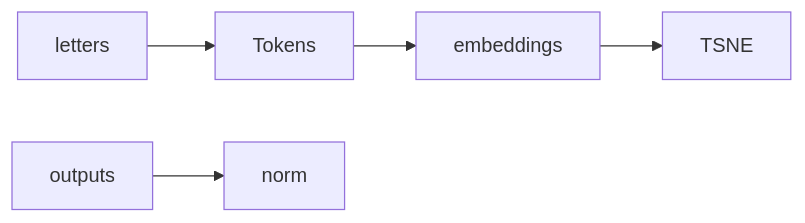
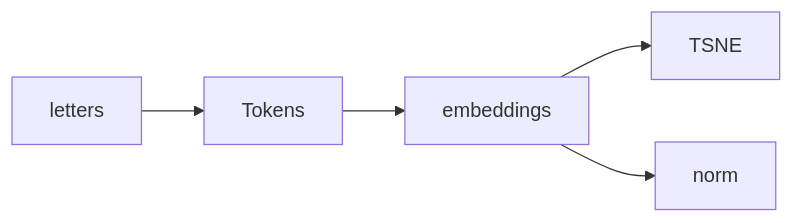
Before and after one commit to Bovey0809/clever_nlp: the first of 2 diagrams in README.md, drawn with Mermaid. The commit also changed other lines of this file and 3 other files, not shown here.

````diff
--- a/README.md
+++ b/README.md
@@ -6,5 +6,5 @@
 ```mermaid
 graph LR
 letters --> Tokens --> embeddings --> TSNE
-outputs --> norm
+embeddings --> norm
 ```
````
